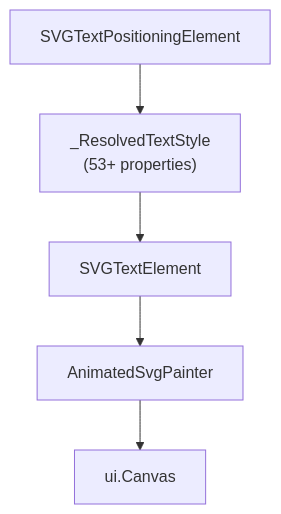
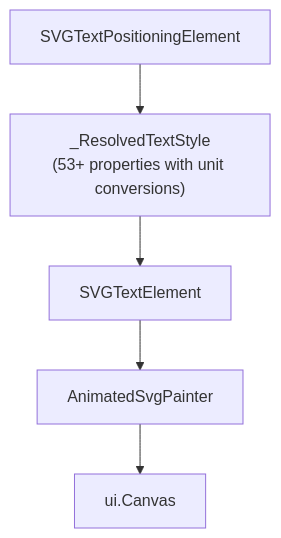
The fifth of 5 diagrams in .qoder/repowiki/en/content/Animated SVG Support/Text Positioning Attributes.md (denisnadey/flutter_full_svg_support), drawn with Mermaid before and after one commit. The commit also changed other lines of this file and 30 other files, not shown here.

````diff
--- a/.qoder/repowiki/en/content/Animated SVG Support/Text Positioning Attributes.md
+++ b/.qoder/repowiki/en/content/Animated SVG Support/Text Positioning Attributes.md
@@ -433,7 +442,7 @@
 ```mermaid
 graph TB
-SVGTextPositioningElement["SVGTextPositioningElement"] --> CSSResolver["_ResolvedTextStyle<br/>(53+ properties)"]
+SVGTextPositioningElement["SVGTextPositioningElement"] --> CSSResolver["_ResolvedTextStyle<br/>(53+ properties with unit conversions)"]
 CSSResolver --> SVGTextElement["SVGTextElement"]
 SVGTextElement --> AnimatedSvgPainter["AnimatedSvgPainter"]
 AnimatedSvgPainter --> Canvas["ui.Canvas"]
 ```
````
